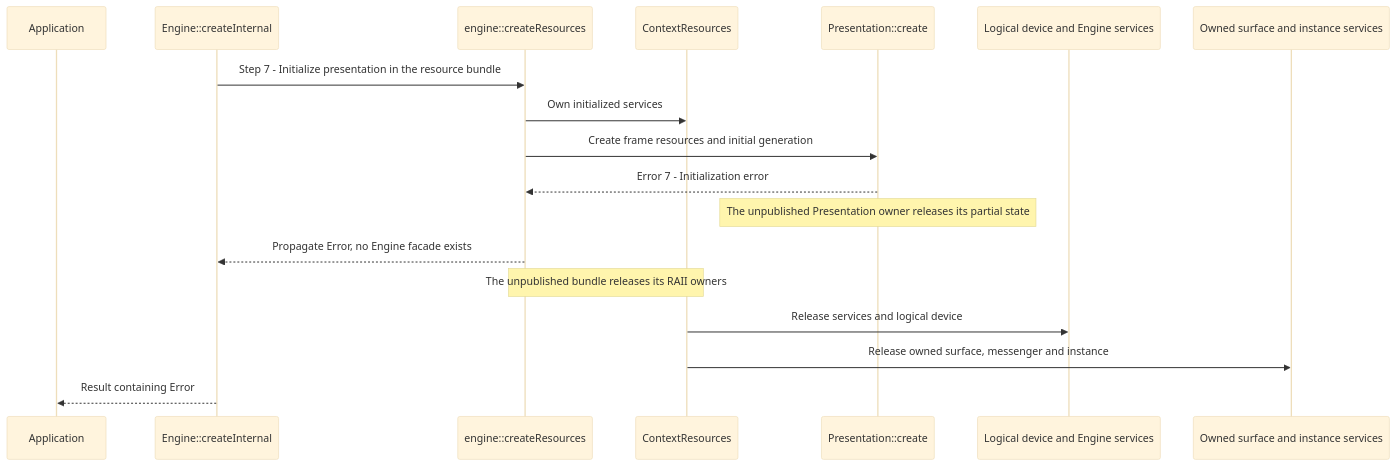
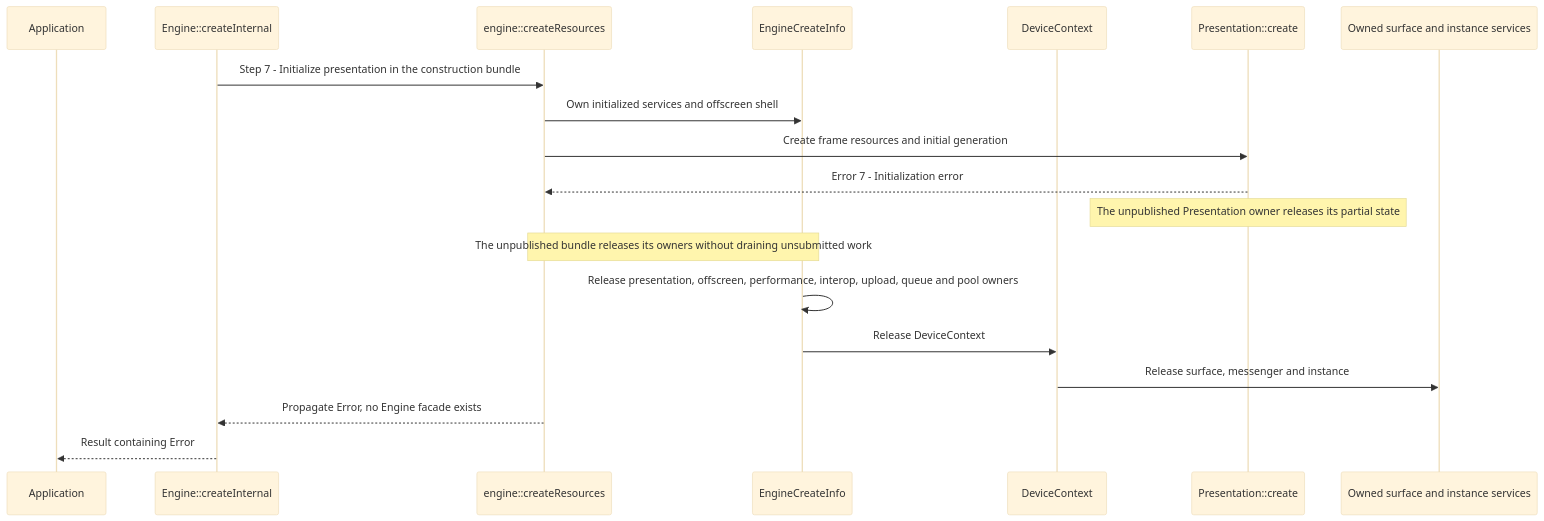
Before and after one commit to a-soltysik/Panda: the third of 3 diagrams in docs/use-cases/create-context.md, drawn with Mermaid (base theme). The commit also changed other lines of this file and 14 other files, not shown here.

Commit message:
Separate Vulkan device data from context service ownership (#126)

````diff
--- a/docs/use-cases/create-context.md
+++ b/docs/use-cases/create-context.md
@@ -230,20 +239,21 @@
 ```mermaid
 sequenceDiagram
     participant A as Application
     participant C as Engine::createInternal
     participant F as engine::createResources
-    participant R as ContextResources
+    participant R as EngineCreateInfo
+    participant D as DeviceContext
     participant P as Presentation::create
-    participant D as Logical device and Engine services
     participant S as Owned surface and instance services
-    C->>F: Step 7 - Initialize presentation in the resource bundle
-    F->>R: Own initialized services
+    C->>F: Step 7 - Initialize presentation in the construction bundle
+    F->>R: Own initialized services and offscreen shell
     F->>P: Create frame resources and initial generation
     P-->>F: Error 7 - Initialization error
     Note over P: The unpublished Presentation owner releases its partial state
+    Note over F,R: The unpublished bundle releases its owners without draining unsubmitted work
+    R->>R: Release presentation, offscreen, performance, interop, upload, queue and pool owners
+    R->>D: Release DeviceContext
+    D->>S: Release surface, messenger and instance
     F-->>C: Propagate Error, no Engine facade exists
-    Note over F,R: The unpublished bundle releases its RAII owners
-    R->>D: Release services and logical device
-    R->>S: Release owned surface, messenger and instance
     C-->>A: Result containing Error
 ```
````
